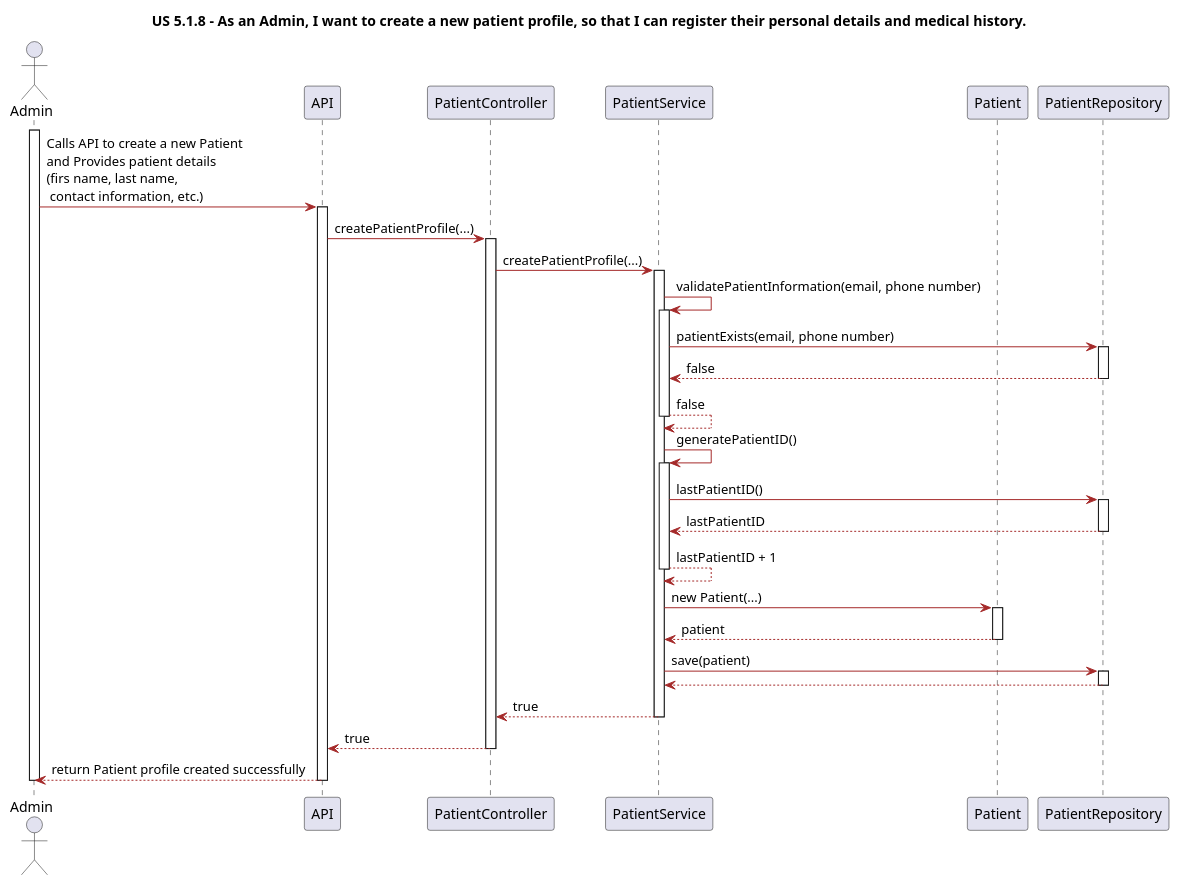
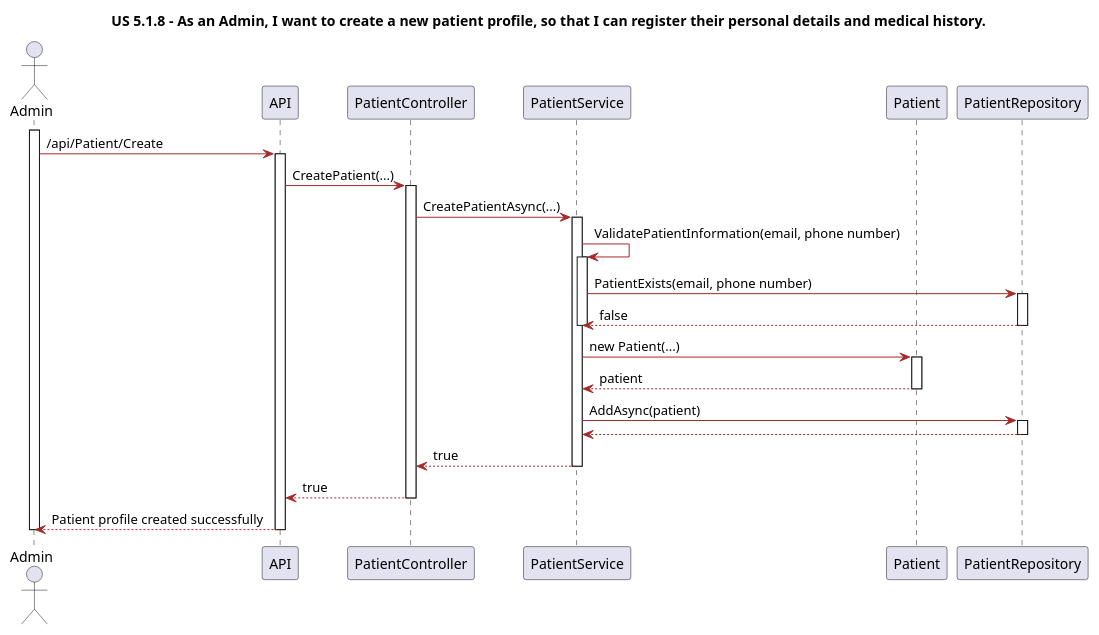
Before and after one commit to LAPR5-043/sem_5_24_25_043: the diagram in Docs/Sprint1/UserStories/LAPR5/us518/design/puml/sequence-diagram.puml, drawn with PlantUML. The commit also changed 25 other files, not shown here.

```diff
--- a/Docs/Sprint1/UserStories/LAPR5/us518/design/puml/sequence-diagram.puml
+++ b/Docs/Sprint1/UserStories/LAPR5/us518/design/puml/sequence-diagram.puml
@@ -1,119 +1,101 @@
 @startuml
 
 
 title US 5.1.8 - As an Admin, I want to create a new patient profile, so that I can register their personal details and medical history.
 
 skinparam classAttributeIconSize 0
 
 skinparam class {
     LifeLineBorderColor DodgerBlue
     LifeLineBackgroundColor APPLICATION
     BackgroundColor LemonChiffon
     ArrowColor Brown
     BorderColor SaddleBrown
 }
 
 skinparam packageStyle rectangle
 
 skinparam card {
     LifeLineBorderColor DodgerBlue
     LifeLineBackgroundColor APPLICATION
     BackgroundColor LemonChiffon
     ArrowColor Brown
     BorderColor SaddleBrown
 }
 
 actor "Admin" as A
 
 participant "API" as API
 participant "PatientController" as PC
 participant "PatientService" as PS
 participant "Patient" as P
 participant "PatientRepository" as PR
 
 
 
 activate A
 
-A -> API: Calls API to create a new Patient \nand Provides patient details \n(firs name, last name,\n contact information, etc.)
+A -> API: /api/Patient/Create
 
 activate API
 
-API -> PC: createPatientProfile(...)
+API -> PC: CreatePatient(...)
 
 activate PC
 
-PC -> PS: createPatientProfile(...)
+PC -> PS: CreatePatientAsync(...)
 
 activate PS
 
-PS -> PS: validatePatientInformation(email, phone number)
+PS -> PS: ValidatePatientInformation(email, phone number)
 
 activate PS
 
-PS -> PR: patientExists(email, phone number)
+PS -> PR: PatientExists(email, phone number)
 
 activate PR
 
 PR --> PS: false
 
 deactivate PR
 
-PS --> PS: false
-
 deactivate PS
 
 
-
-PS -> PS: generatePatientID()
-
-activate PS
-
-PS -> PR: lastPatientID()
-
-activate PR
-
-PR --> PS: lastPatientID
-
-deactivate PR
-
-PS --> PS: lastPatientID + 1
-
-deactivate PS
 
 PS -> P: new Patient(...)
 
 activate P
 
 P --> PS: patient
 
 deactivate P
 
-PS -> PR: save(patient)
+PS -> PR: AddAsync(patient)
 
 activate PR
 
 PR --> PS: 
 
 deactivate PR
 
 PS --> PC: true
 
 deactivate PS
 
 PC --> API: true
 
 deactivate PC
 
-API --> A: return Patient profile created successfully
+API --> A: Patient profile created successfully
 
 deactivate API
 
 deactivate A
 
 
 
 
 
 
 @enduml
```
